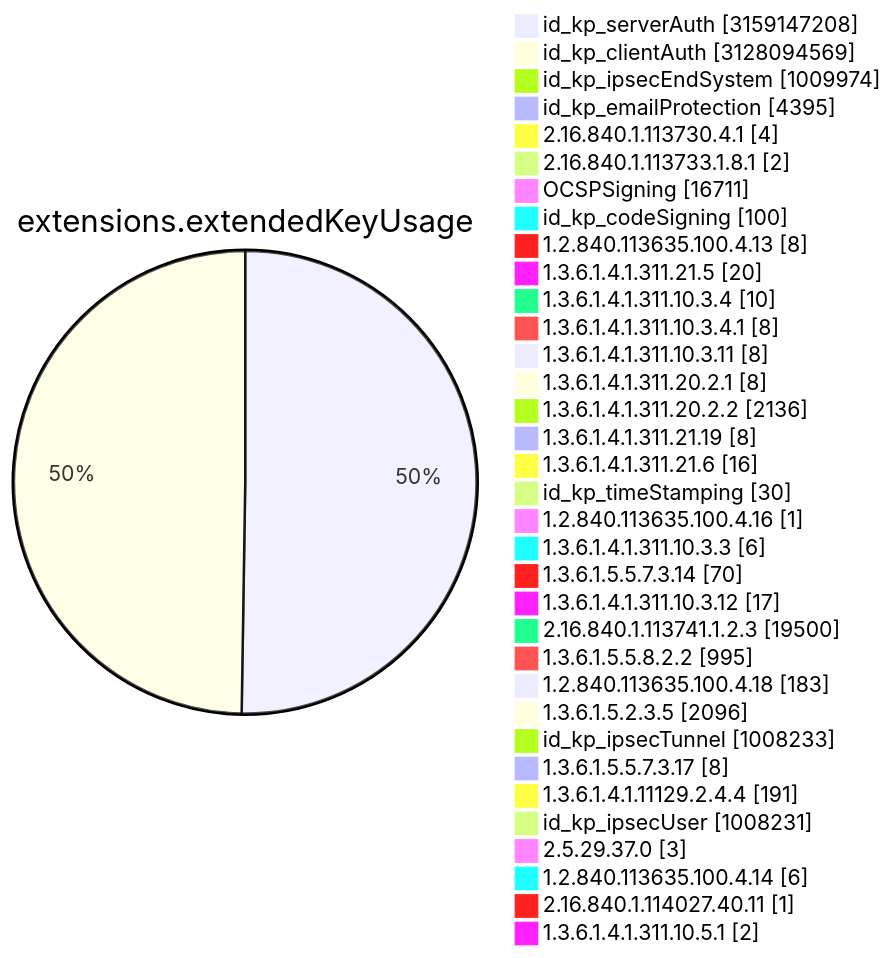
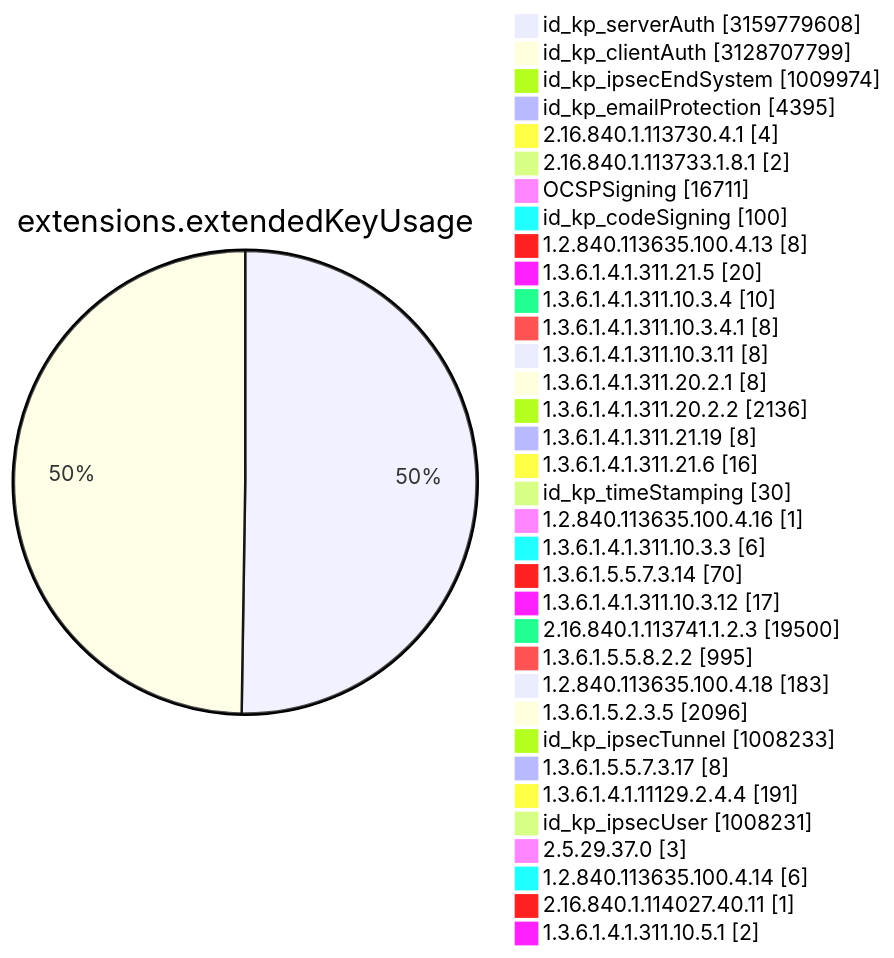
Diagram 11 of 15 in TOTAL/README.md (christiankrug/ctmonitor_visualization), drawn with Mermaid before and after one commit. The commit also changed other lines of this file, not shown here.

````diff
--- a/TOTAL/README.md
+++ b/TOTAL/README.md
@@ -4119,38 +4119,38 @@
 ```mermaid
 pie showData
 title extensions.extendedKeyUsage
-"id_kp_serverAuth" :3159147208
-"id_kp_clientAuth" :3128094569
+"id_kp_serverAuth" :3159779608
+"id_kp_clientAuth" :3128707799
 "id_kp_ipsecEndSystem" :1009974
 "id_kp_emailProtection" :4395
 "2.16.840.1.113730.4.1" :4
 "2.16.840.1.113733.1.8.1" :2
 "OCSPSigning" :16711
 "id_kp_codeSigning" :100
 "1.2.840.113635.100.4.13" :8
 "1.3.6.1.4.1.311.21.5" :20
 "1.3.6.1.4.1.311.10.3.4" :10
 "1.3.6.1.4.1.311.10.3.4.1" :8
 "1.3.6.1.4.1.311.10.3.11" :8
 "1.3.6.1.4.1.311.20.2.1" :8
 "1.3.6.1.4.1.311.20.2.2" :2136
 "1.3.6.1.4.1.311.21.19" :8
 "1.3.6.1.4.1.311.21.6" :16
 "id_kp_timeStamping" :30
 "1.2.840.113635.100.4.16" :1
 "1.3.6.1.4.1.311.10.3.3" :6
 "1.3.6.1.5.5.7.3.14" :70
 "1.3.6.1.4.1.311.10.3.12" :17
 "2.16.840.1.113741.1.2.3" :19500
 "1.3.6.1.5.5.8.2.2" :995
 "1.2.840.113635.100.4.18" :183
 "1.3.6.1.5.2.3.5" :2096
 "id_kp_ipsecTunnel" :1008233
 "1.3.6.1.5.5.7.3.17" :8
 "1.3.6.1.4.1.11129.2.4.4" :191
 "id_kp_ipsecUser" :1008231
 "2.5.29.37.0" :3
 "1.2.840.113635.100.4.14" :6
 "2.16.840.1.114027.40.11" :1
 "1.3.6.1.4.1.311.10.5.1" :2
 ```
````
